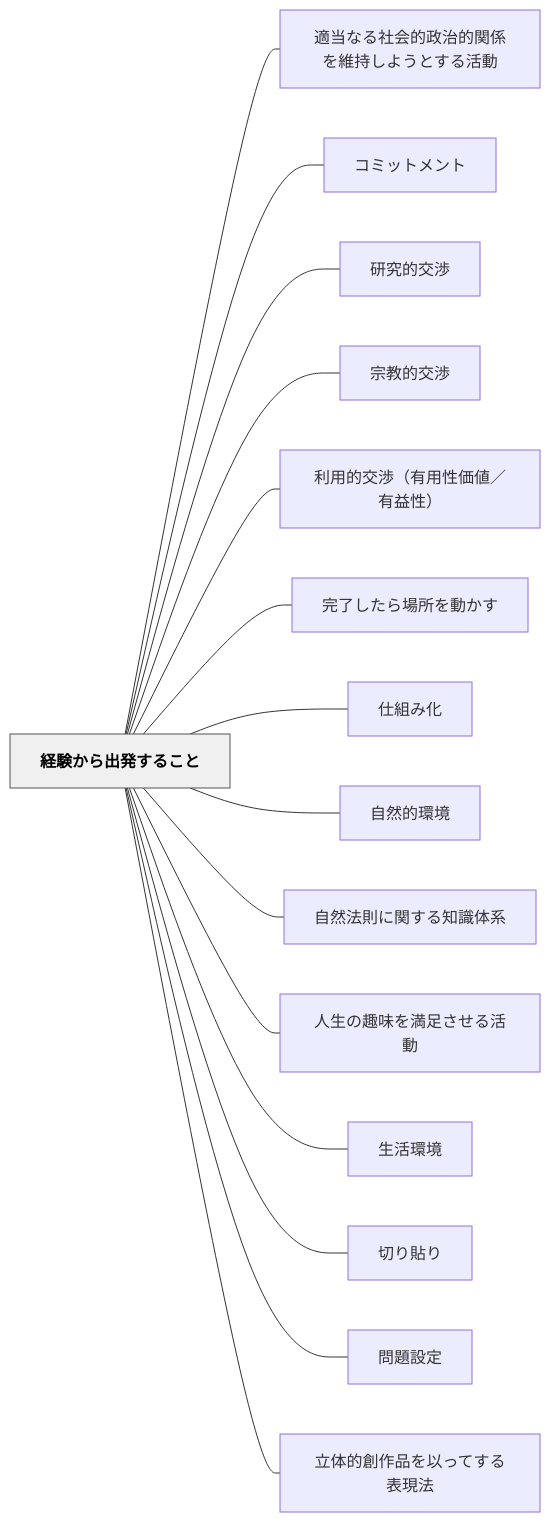
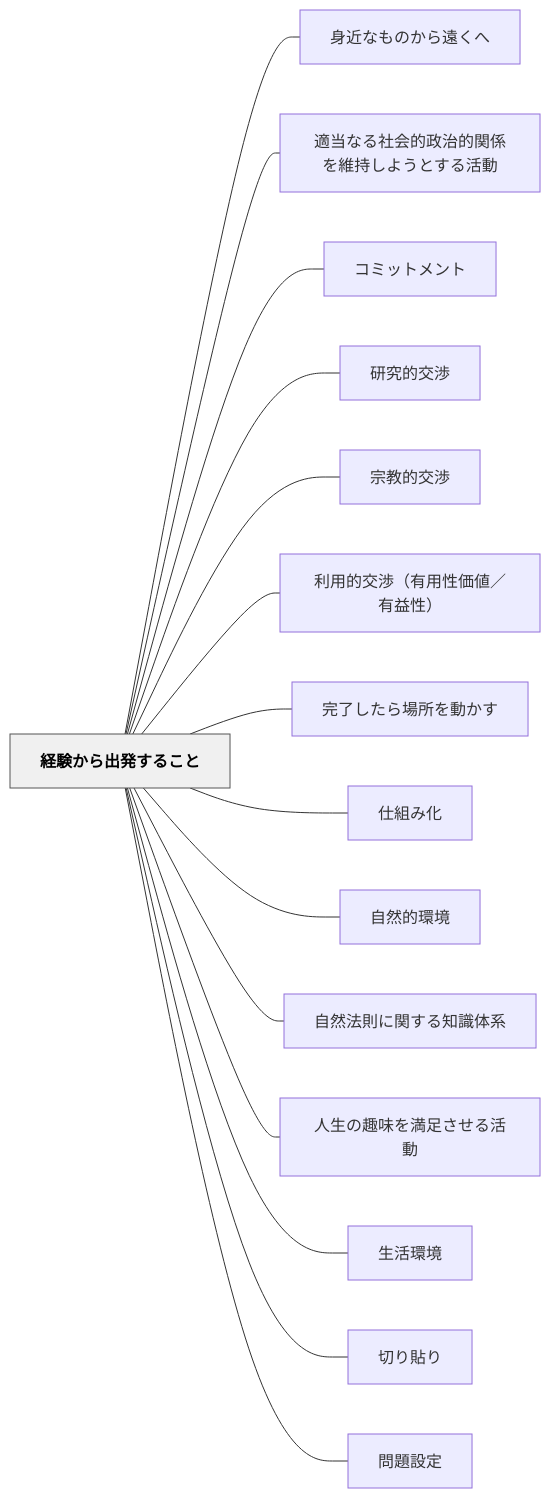
Before and after one commit to unknownthings-ed-patterns/unknownthings-ed-patterns: the diagram in content/パタン/経験から出発すること.md, drawn with Mermaid. The commit also changed other lines of this file and 20 other files, not shown here.

````diff
--- a/content/パタン/経験から出発すること.md
+++ b/content/パタン/経験から出発すること.md
@@ -145,36 +146,36 @@
 ```mermaid
 flowchart LR
     ne7b58ce9a893e3818be38289e587bae799bae38199e3828be38193e381a8["経験から出発すること"]
+    ne8baabe8bf91e381aae38282e381aee3818be38289e981a0e3818fe381b8["身近なものから遠くへ"]
     ne981a9e5bd93e381aae3828be7a4bee4bc9ae79a84e694bfe6b2bbe79a84e996a2e4bf82e38292e7b6ade68c81e38197e38288e38186e381a8e38199e3828be6b4bbe58b95["適当なる社会的政治的関係を維持しようとする活動"]
     ne382b3e3839fe38383e38388e383a1e383b3e38388["コミットメント"]
     ne7a094e7a9b6e79a84e4baa4e6b889["研究的交渉"]
     ne5ae97e69599e79a84e4baa4e6b889["宗教的交渉"]
     ne588a9e794a8e79a84e4baa4e6b889efbc88e69c89e794a8e680a7e4bea1e580a4efbc8fe69c89e79b8ae680a7efbc89["利用的交渉（有用性価値／有益性）"]
     ne5ae8ce4ba86e38197e3819fe38289e5a0b4e68980e38292e58b95e3818be38199["完了したら場所を動かす"]
     ne4bb95e7b584e381bfe58c96["仕組み化"]
     ne887aae784b6e79a84e792b0e5a283["自然的環境"]
     ne887aae784b6e6b395e58987e381abe996a2e38199e3828be79fa5e8ad98e4bd93e7b3bb["自然法則に関する知識体系"]
     ne4babae7949fe381aee8b6a3e591b3e38292e6ba80e8b6b3e38195e3819be3828be6b4bbe58b95["人生の趣味を満足させる活動"]
     ne7949fe6b4bbe792b0e5a283["生活環境"]
     ne58887e3828ae8b2bce3828a["切り貼り"]
     ne5958fe9a18ce8a8ade5ae9a["問題設定"]
-    ne7ab8be4bd93e79a84e589b5e4bd9ce59381e38292e4bba5e381a3e381a6e38199e3828be8a1a8e78fbee6b395["立体的創作品を以ってする表現法"]
 
+    ne7b58ce9a893e3818be38289e587bae799bae38199e3828be38193e381a8 --- ne8baabe8bf91e381aae38282e381aee3818be38289e981a0e3818fe381b8
     ne7b58ce9a893e3818be38289e587bae799bae38199e3828be38193e381a8 --- ne981a9e5bd93e381aae3828be7a4bee4bc9ae79a84e694bfe6b2bbe79a84e996a2e4bf82e38292e7b6ade68c81e38197e38288e38186e381a8e38199e3828be6b4bbe58b95
     ne7b58ce9a893e3818be38289e587bae799bae38199e3828be38193e381a8 --- ne382b3e3839fe38383e38388e383a1e383b3e38388
     ne7b58ce9a893e3818be38289e587bae799bae38199e3828be38193e381a8 --- ne7a094e7a9b6e79a84e4baa4e6b889
     ne7b58ce9a893e3818be38289e587bae799bae38199e3828be38193e381a8 --- ne5ae97e69599e79a84e4baa4e6b889
     ne7b58ce9a893e3818be38289e587bae799bae38199e3828be38193e381a8 --- ne588a9e794a8e79a84e4baa4e6b889efbc88e69c89e794a8e680a7e4bea1e580a4efbc8fe69c89e79b8ae680a7efbc89
     ne7b58ce9a893e3818be38289e587bae799bae38199e3828be38193e381a8 --- ne5ae8ce4ba86e38197e3819fe38289e5a0b4e68980e38292e58b95e3818be38199
     ne7b58ce9a893e3818be38289e587bae799bae38199e3828be38193e381a8 --- ne4bb95e7b584e381bfe58c96
     ne7b58ce9a893e3818be38289e587bae799bae38199e3828be38193e381a8 --- ne887aae784b6e79a84e792b0e5a283
     ne7b58ce9a893e3818be38289e587bae799bae38199e3828be38193e381a8 --- ne887aae784b6e6b395e58987e381abe996a2e38199e3828be79fa5e8ad98e4bd93e7b3bb
     ne7b58ce9a893e3818be38289e587bae799bae38199e3828be38193e381a8 --- ne4babae7949fe381aee8b6a3e591b3e38292e6ba80e8b6b3e38195e3819be3828be6b4bbe58b95
     ne7b58ce9a893e3818be38289e587bae799bae38199e3828be38193e381a8 --- ne7949fe6b4bbe792b0e5a283
     ne7b58ce9a893e3818be38289e587bae799bae38199e3828be38193e381a8 --- ne58887e3828ae8b2bce3828a
     ne7b58ce9a893e3818be38289e587bae799bae38199e3828be38193e381a8 --- ne5958fe9a18ce8a8ade5ae9a
-    ne7b58ce9a893e3818be38289e587bae799bae38199e3828be38193e381a8 --- ne7ab8be4bd93e79a84e589b5e4bd9ce59381e38292e4bba5e381a3e381a6e38199e3828be8a1a8e78fbee6b395
 
     classDef hub fill:#f0f0f0,stroke:#555,color:#000,font-weight:bold
     class ne7b58ce9a893e3818be38289e587bae799bae38199e3828be38193e381a8 hub
 ```
````
